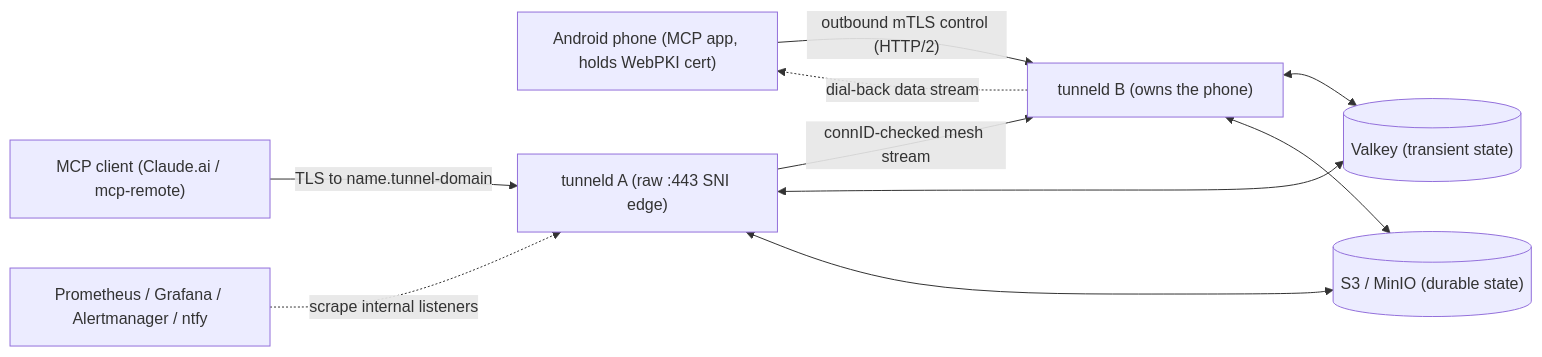
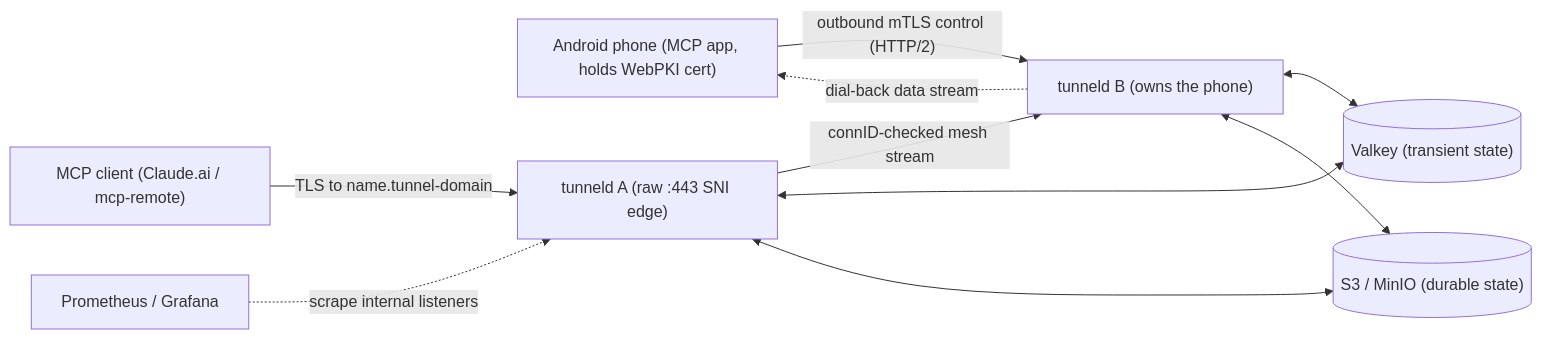
One commit to danielealbano/android-remote-control-mcp-tunneld changed the diagram in docs/PROJECT.md. Above: the diagram before and after it, drawn with Mermaid. The commit also changed other lines of this file and 2 other files, not shown here.

````diff
--- a/docs/PROJECT.md
+++ b/docs/PROJECT.md
@@ -25,20 +25,20 @@
 ```mermaid
 flowchart LR
   phone["Android phone (MCP app, holds WebPKI cert)"]
   client["MCP client (Claude.ai / mcp-remote)"]
   ta["tunneld A (raw :443 SNI edge)"]
   tb["tunneld B (owns the phone)"]
   valkey[("Valkey (transient state)")]
   s3[("S3 / MinIO (durable state)")]
-  prom["Prometheus / Grafana / Alertmanager / ntfy"]
+  prom["Prometheus / Grafana"]
 
   phone -- "outbound mTLS control (HTTP/2)" --> tb
   client -- "TLS to name.tunnel-domain" --> ta
   ta -- "connID-checked mesh stream" --> tb
   tb -. "dial-back data stream" .-> phone
   ta <--> valkey
   tb <--> valkey
   ta <--> s3
   tb <--> s3
   prom -. "scrape internal listeners" .-> ta
 ```
````
